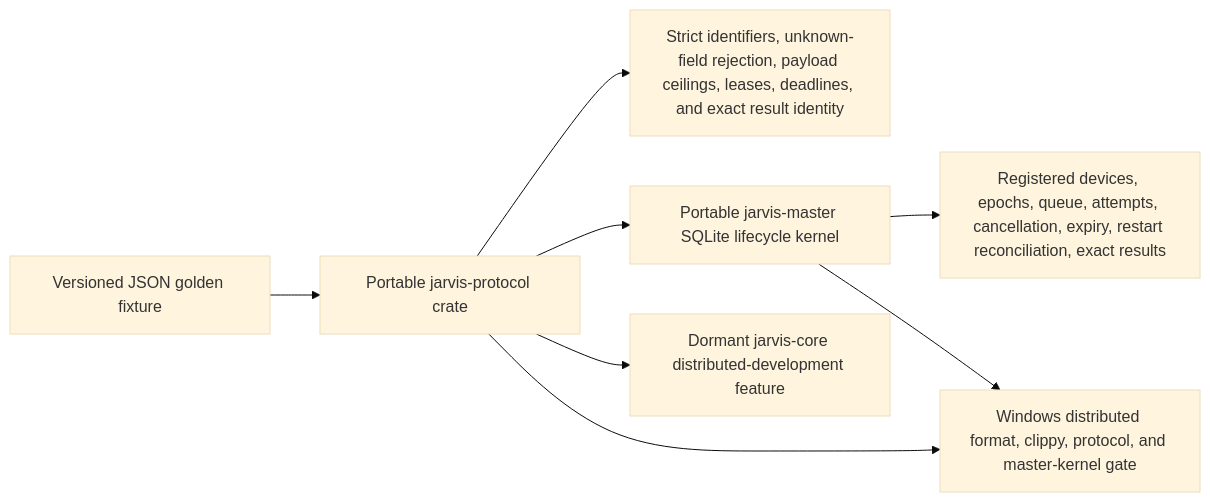
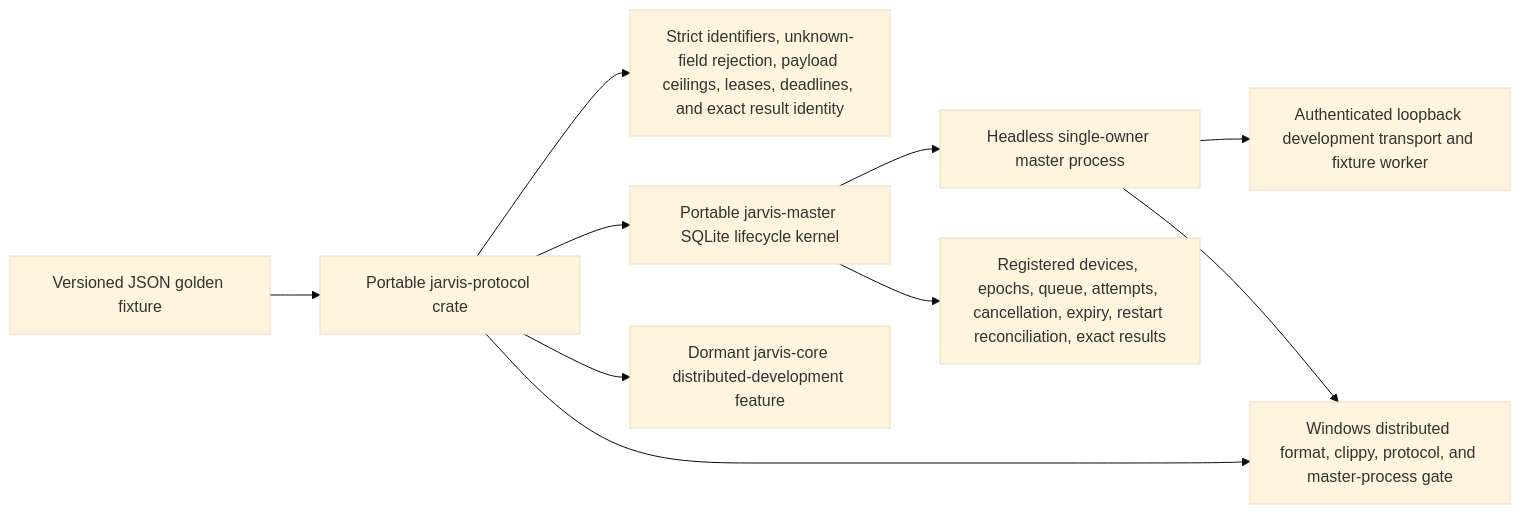
One commit to malak333/Assemblywright changed the first of 18 diagrams in docs/architecture-map.md. Above: the diagram before and after it, drawn with Mermaid (base theme). The commit also changed other lines of this file and 12 other files, not shown here.

Commit message:
Add Windows master process foundation

````diff
--- a/docs/architecture-map.md
+++ b/docs/architecture-map.md
@@ -7,10 +7,12 @@
 ```mermaid
 flowchart LR
   Fixture["Versioned JSON golden fixture"] --> Protocol["Portable jarvis-protocol crate"]
   Protocol --> Bounds["Strict identifiers, unknown-field rejection, payload ceilings, leases, deadlines, and exact result identity"]
   Protocol --> Master["Portable jarvis-master SQLite lifecycle kernel"]
+  Master --> Process["Headless single-owner master process"]
+  Process --> Local["Authenticated loopback development transport and fixture worker"]
   Master --> Durable["Registered devices, epochs, queue, attempts, cancellation, expiry, restart reconciliation, exact results"]
   Protocol --> Feature["Dormant jarvis-core distributed-development feature"]
-  Protocol --> Windows["Windows distributed format, clippy, protocol, and master-kernel gate"]
-  Master --> Windows
+  Protocol --> Windows["Windows distributed format, clippy, protocol, and master-process gate"]
+  Process --> Windows
 ```
````
